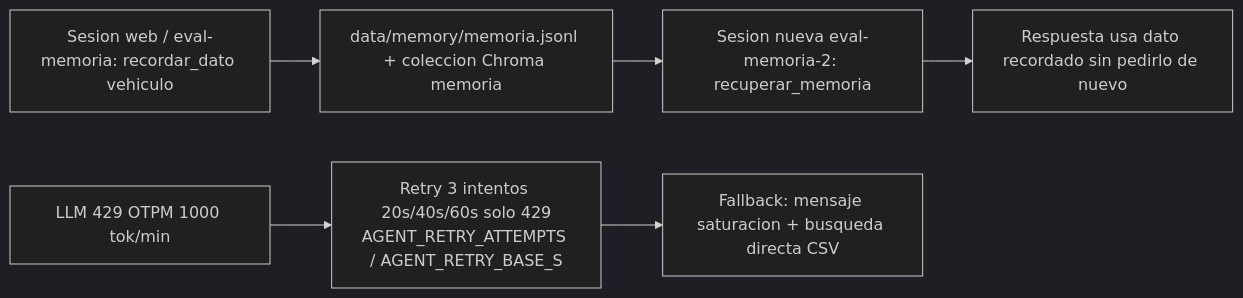
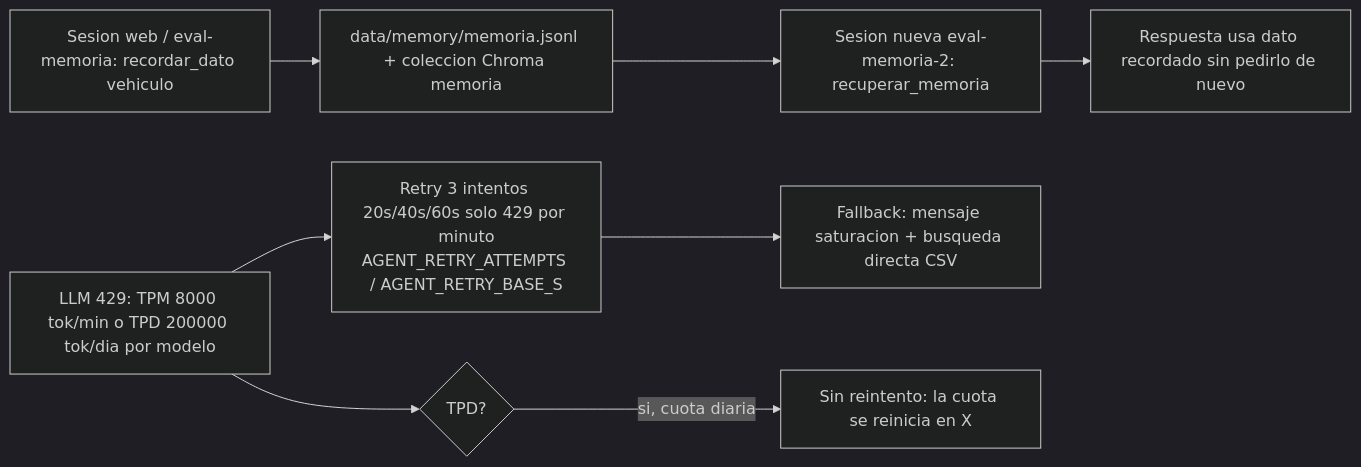
One commit to FabianReyes02/EvaluacionIA1 changed the fourth of 5 diagrams in docs/diagramas.md. Above: the diagram before and after it, drawn with Mermaid (dark theme). The commit also changed other lines of this file and 21 other files, not shown here.

````diff
--- a/docs/diagramas.md
+++ b/docs/diagramas.md
@@ -72,8 +72,9 @@
 ```mermaid
 flowchart LR
     S1[Sesion web / eval-memoria: recordar_dato vehiculo] --> J[data/memory/memoria.jsonl + coleccion Chroma memoria]
     J --> S2[Sesion nueva eval-memoria-2: recuperar_memoria]
     S2 --> R[Respuesta usa dato recordado sin pedirlo de nuevo]
-    LLM429[LLM 429 OTPM 1000 tok/min] --> RT[Retry 3 intentos 20s/40s/60s solo 429<br/>AGENT_RETRY_ATTEMPTS / AGENT_RETRY_BASE_S]
+    LLM429[LLM 429: TPM 8000 tok/min o TPD 200000 tok/dia por modelo] --> RT[Retry 3 intentos 20s/40s/60s solo 429 por minuto<br/>AGENT_RETRY_ATTEMPTS / AGENT_RETRY_BASE_S]
     RT --> FB[Fallback: mensaje saturacion + busqueda directa CSV]
+    LLM429 --> TPD{TPD?} -->|si, cuota diaria| NO[Sin reintento: la cuota se reinicia en X]
 ```
````
